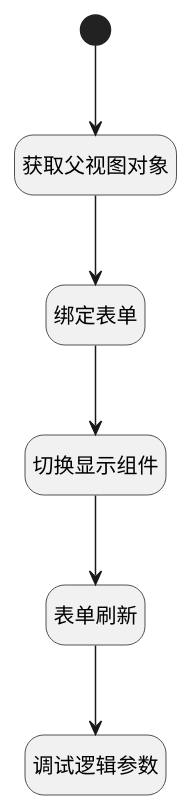
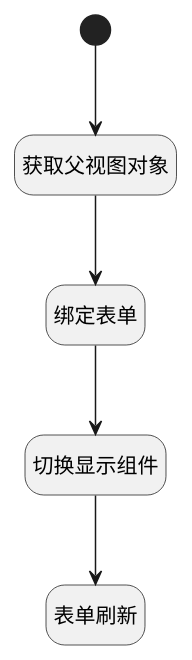
Before and after one commit to iBizLab/plm: the diagram in doc/docsify/module/ProdMgmt/baseline_idea/uilogic/back.md, drawn with PlantUML. The commit also changed other lines of this file and 1068 other files, not shown here.

````diff
--- a/doc/docsify/module/ProdMgmt/baseline_idea/uilogic/back.md
+++ b/doc/docsify/module/ProdMgmt/baseline_idea/uilogic/back.md
@@ -7,27 +7,25 @@
 ```plantuml
 @startuml
 hide footbox
 <style>
 root {
   HyperlinkColor #42b983
 }
 </style>
 
 hide empty description
 state "开始" as Begin <<start>> [[$./back#begin {开始}]]
+state "表单刷新" as VIEWCTRLINVOKE1  [[$./back#viewctrlinvoke1 {表单刷新}]]
+state "切换显示组件" as RAWJSCODE1  [[$./back#rawjscode1 {切换显示组件}]]
+state "获取父视图对象" as PREPAREJSPARAM1  [[$./back#preparejsparam1 {获取父视图对象}]]
 state "绑定表单" as PREPAREJSPARAM2  [[$./back#preparejsparam2 {绑定表单}]]
-state "获取父视图对象" as PREPAREJSPARAM1  [[$./back#preparejsparam1 {获取父视图对象}]]
-state "调试逻辑参数" as DEBUGPARAM1  [[$./back#debugparam1 {调试逻辑参数}]]
-state "切换显示组件" as RAWJSCODE1  [[$./back#rawjscode1 {切换显示组件}]]
-state "表单刷新" as VIEWCTRLINVOKE1  [[$./back#viewctrlinvoke1 {表单刷新}]]
 
 
 Begin --> PREPAREJSPARAM1
 PREPAREJSPARAM1 --> PREPAREJSPARAM2
 PREPAREJSPARAM2 --> RAWJSCODE1
 RAWJSCODE1 --> VIEWCTRLINVOKE1
-VIEWCTRLINVOKE1 --> DEBUGPARAM1
 
 
 @enduml
 ```
````
